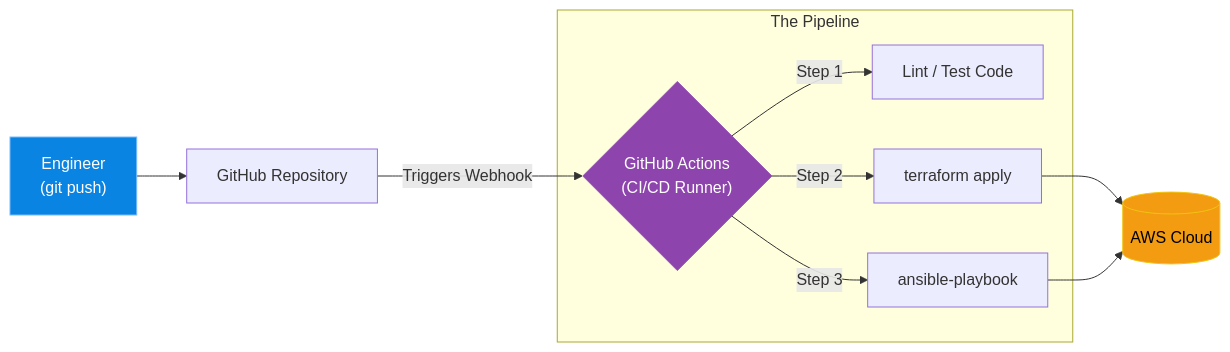
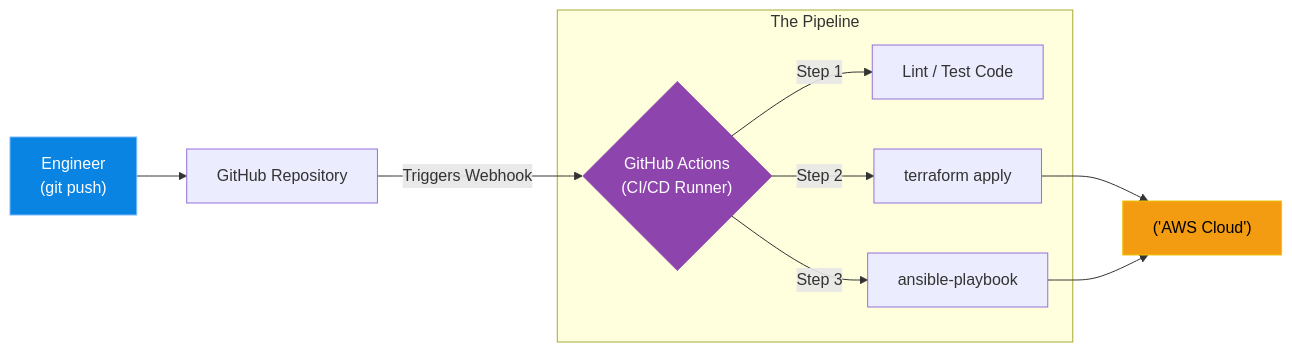
The diagram in volumes/volume-04-enterprise-infrastructure/chapters/V4-C10-cicd-pipelines.md (laxya911/linux-support-engineer-master-handbook), drawn with Mermaid before and after one commit. The commit also changed 101 other files, not shown here.

Commit message:
Fix mermaid syntax across all chapters

````diff
--- a/volumes/volume-04-enterprise-infrastructure/chapters/V4-C10-cicd-pipelines.md
+++ b/volumes/volume-04-enterprise-infrastructure/chapters/V4-C10-cicd-pipelines.md
@@ -42,19 +42,19 @@
 ```mermaid
 flowchart LR
-    A["Engineer \n (git push)"] --> B[GitHub Repository]
+    A["Engineer \n (git push)"] --> B["GitHub Repository"]
     
-    B -->|Triggers Webhook| C{"GitHub Actions \n (CI/CD Runner)"}
+    B -->|"Triggers Webhook"| C{"GitHub Actions \n (CI/CD Runner)"}
     
     subgraph The Pipeline
-        C -->|Step 1| D[Lint / Test Code]
-        C -->|Step 2| E[terraform apply]
-        C -->|Step 3| F[ansible-playbook]
+        C -->|"Step 1"| D["Lint / Test Code"]
+        C -->|"Step 2"| E["terraform apply"]
+        C -->|"Step 3"| F["ansible-playbook"]
     end
     
-    E --> G[(AWS Cloud)]
+    E --> G["('AWS Cloud')"]
     F --> G
     
     style A fill:#0984e3,stroke:#74b9ff,color:#fff
     style C fill:#8e44ad,stroke:#9b59b6,color:#fff
     style G fill:#f39c12,stroke:#f1c40f,color:#000
 ```
````
